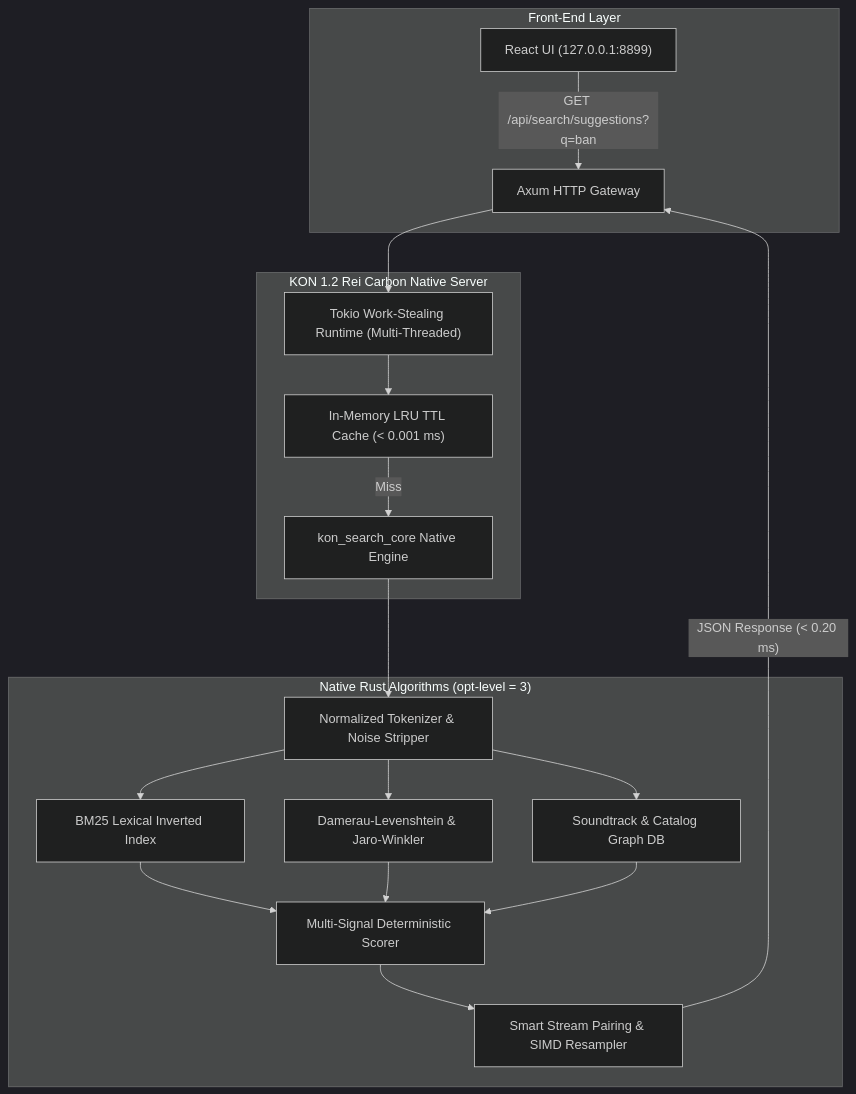
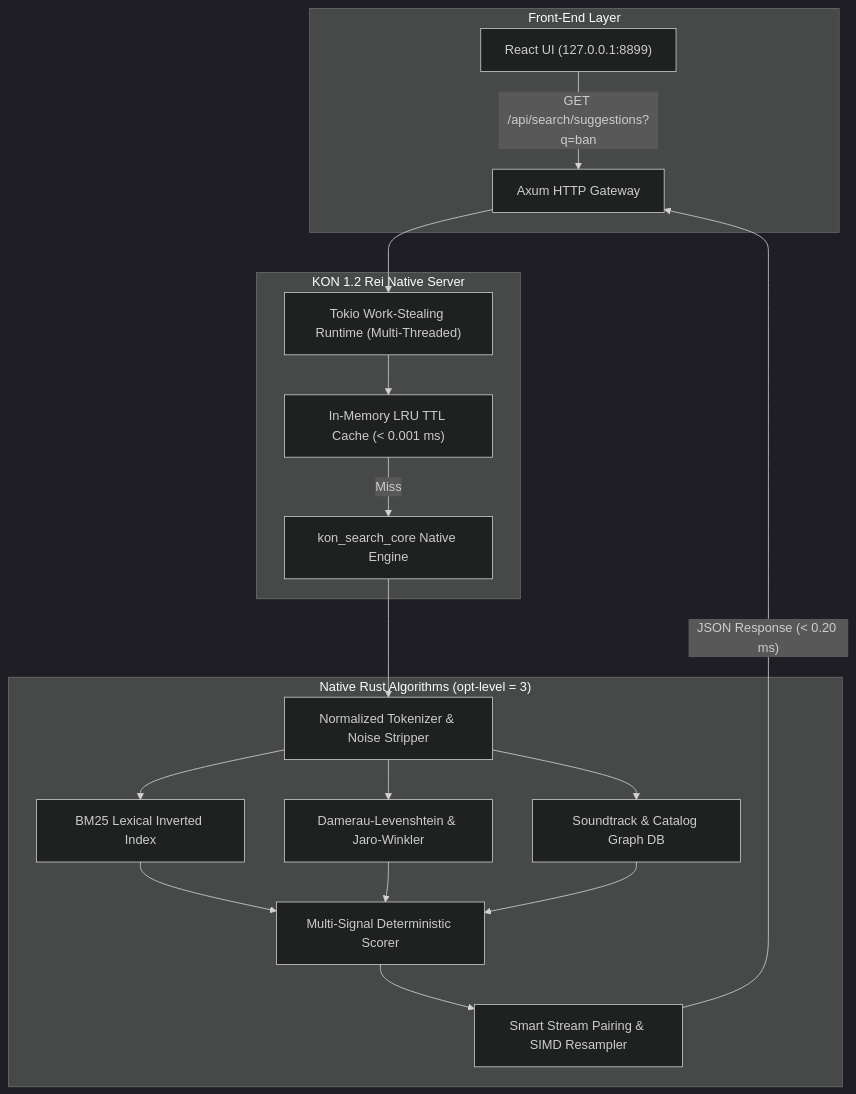
Before and after one commit to not-Phana/KON-Media: the diagram in docs/kon_search_carbon_benchmark_report.md, drawn with Mermaid (dark theme). The commit also changed other lines of this file and 2 other files, not shown here.

Commit message:
docs: correct model naming to KON 1.2 Rei in Gemini 4 Carbon-style benchmark report

````diff
--- a/docs/kon_search_carbon_benchmark_report.md
+++ b/docs/kon_search_carbon_benchmark_report.md
@@ -126,23 +133,23 @@
 ```mermaid
 flowchart TD
     subgraph UI["Front-End Layer"]
         A["React UI (127.0.0.1:8899)"] -->|"GET /api/search/suggestions?q=ban"| B["Axum HTTP Gateway"]
     end
 
-    subgraph Server["KON 1.2 Rei Carbon Native Server"]
+    subgraph Server["KON 1.2 Rei Native Server"]
         B --> C["Tokio Work-Stealing Runtime (Multi-Threaded)"]
         C --> D["In-Memory LRU TTL Cache (&lt; 0.001 ms)"]
         D -->|Miss| E["kon_search_core Native Engine"]
     end
 
     subgraph Core["Native Rust Algorithms (opt-level = 3)"]
         E --> F["Normalized Tokenizer &amp; Noise Stripper"]
         F --> G["BM25 Lexical Inverted Index"]
         F --> H["Damerau-Levenshtein &amp; Jaro-Winkler"]
         F --> I["Soundtrack &amp; Catalog Graph DB"]
         G & H & I --> J["Multi-Signal Deterministic Scorer"]
         J --> K["Smart Stream Pairing &amp; SIMD Resampler"]
     end
 
     K -->|"JSON Response (&lt; 0.20 ms)"| B
 ```
````
